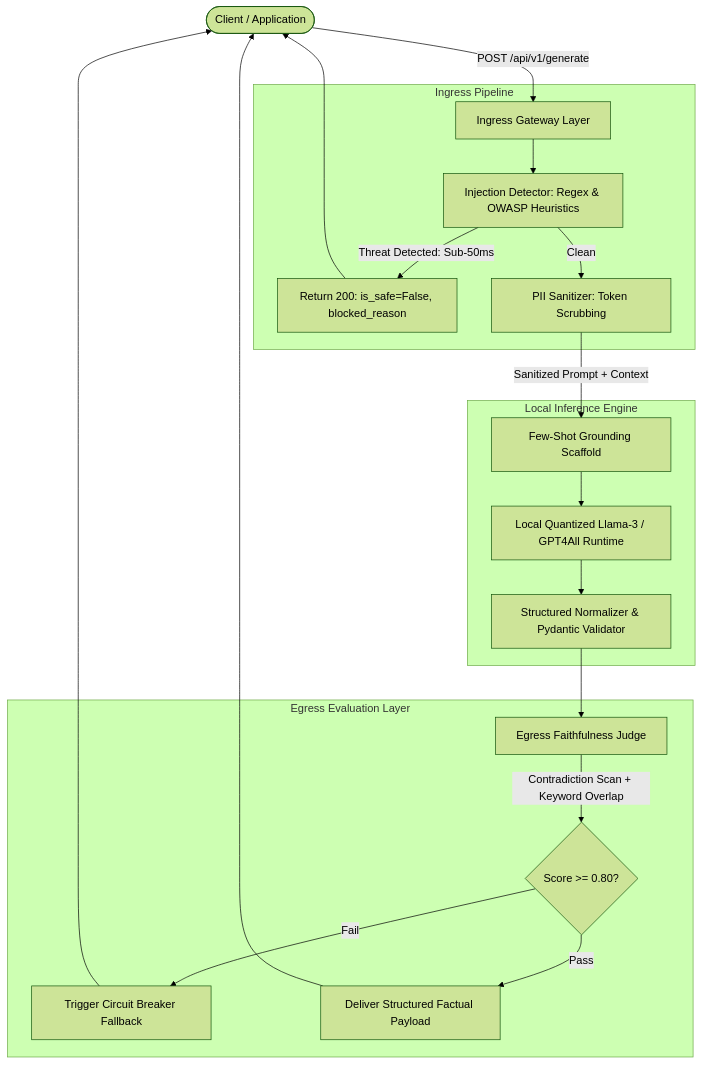
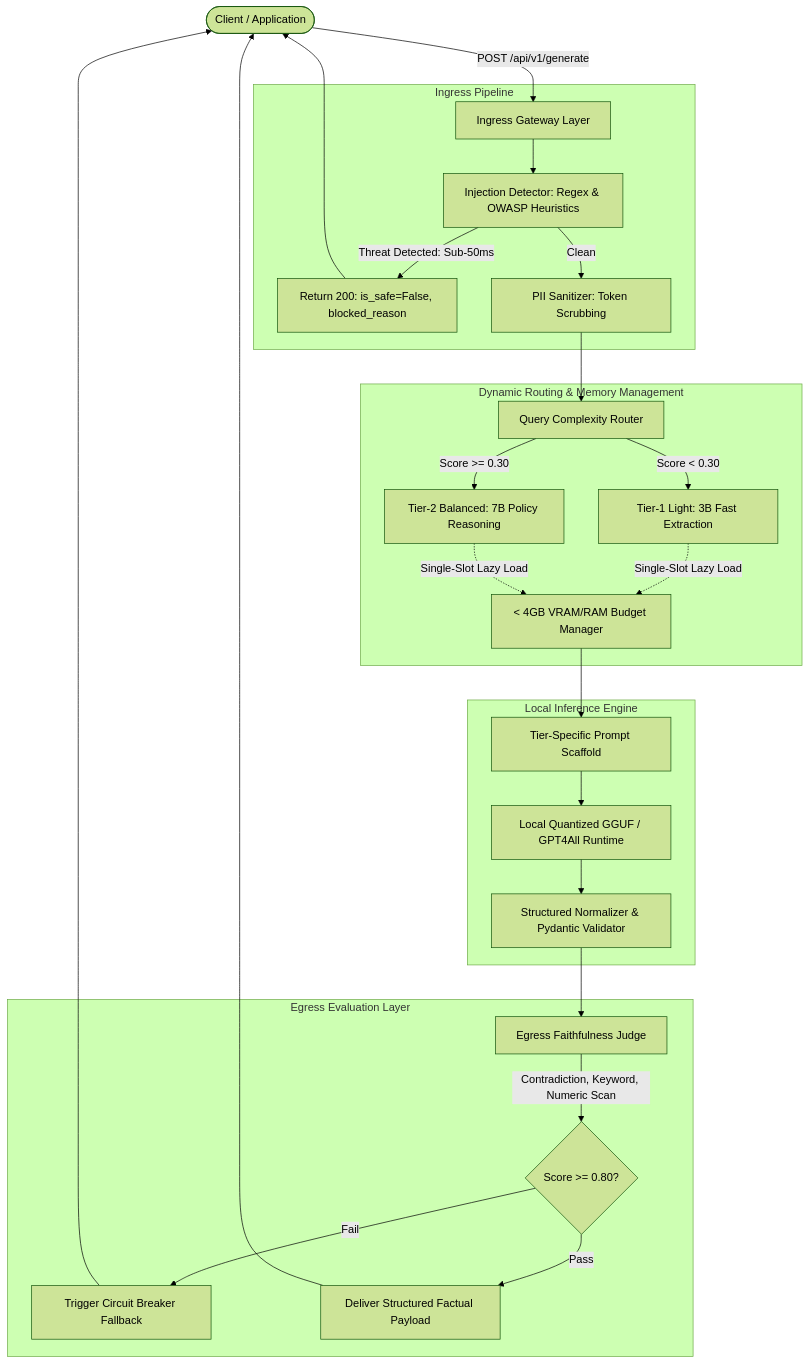
One commit to mkmanoj30/LLM-Guardrail-Automated-Evaluation-Gateway changed the diagram in README.md. Above: the diagram before and after it, drawn with Mermaid (forest theme). The commit also changed other lines of this file, not shown here.

````diff
--- a/README.md
+++ b/README.md
@@ -21,27 +17,36 @@
 ```mermaid
 flowchart TD
     Client([Client / Application]) -->|POST /api/v1/generate| Ingress[Ingress Gateway Layer]
     
     subgraph Ingress Pipeline
         Ingress --> ID[Injection Detector: Regex & OWASP Heuristics]
         ID -->|Threat Detected: Sub-50ms| Reject[Return 200: is_safe=False, blocked_reason]
         ID -->|Clean| PII[PII Sanitizer: Token Scrubbing]
     end
     
+    subgraph Dynamic Routing & Memory Management
+        PII --> Router[Query Complexity Router]
+        Router -->|Score < 0.30| Tier1[Tier-1 Light: 3B Fast Extraction]
+        Router -->|Score >= 0.30| Tier2[Tier-2 Balanced: 7B Policy Reasoning]
+        Tier1 -.->|Single-Slot Lazy Load| VRAM[< 4GB VRAM/RAM Budget Manager]
+        Tier2 -.->|Single-Slot Lazy Load| VRAM
+    end
+    
     subgraph Local Inference Engine
-        PII -->|Sanitized Prompt + Context| PromptEng[Few-Shot Grounding Scaffold]
-        PromptEng --> Model[Local Quantized Llama-3 / GPT4All Runtime]
+        VRAM --> PromptEng[Tier-Specific Prompt Scaffold]
+        PromptEng --> Model[Local Quantized GGUF / GPT4All Runtime]
         Model --> Parser[Structured Normalizer & Pydantic Validator]
     end
     
     subgraph Egress Evaluation Layer
         Parser --> EgressJudge[Egress Faithfulness Judge]
-        EgressJudge -->|Contradiction Scan + Keyword Overlap| ThresholdCheck{Score >= 0.80?}
+        EgressJudge -->|Contradiction, Keyword, Numeric Scan| ThresholdCheck{Score >= 0.80?}
         ThresholdCheck -->|Fail| CircuitBreaker[Trigger Circuit Breaker Fallback]
         ThresholdCheck -->|Pass| Success[Deliver Structured Factual Payload]
     end
 
     Reject --> Client
     CircuitBreaker --> Client
     Success --> Client
+
 ```
````
